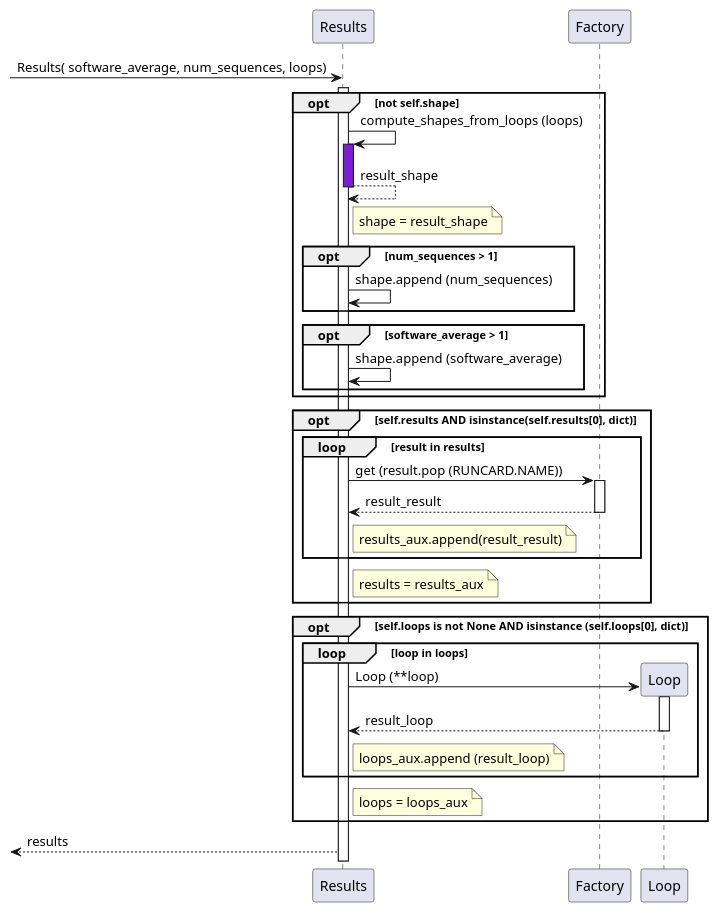
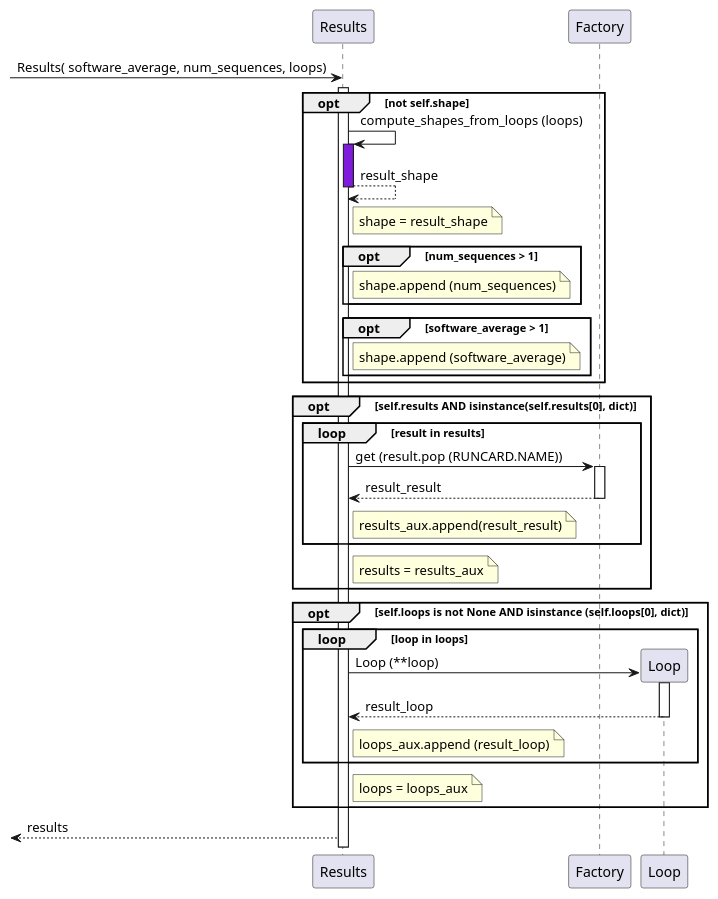
The diagram in Sequence Diagrams PUML/Results Creation/Results Creation.puml (qilimanjaro-tech/qililab), drawn with PlantUML before and after one commit. The commit also changed 31 other files, not shown here.

```diff
--- a/Sequence Diagrams PUML/Results Creation/Results Creation.puml
+++ b/Sequence Diagrams PUML/Results Creation/Results Creation.puml
@@ -1,40 +1,40 @@
 @startuml
 
 participant Results as results
 participant Factory as factory
 participant Loop as loop_
 
 
 [-> results **: Results( software_average, num_sequences, loops)
 activate results
 opt not self.shape
     results -> results: compute_shapes_from_loops (loops)
     activate results #7F1CDB
     return result_shape
     note right of results: shape = result_shape
     opt num_sequences > 1
-        results -> results: shape.append (num_sequences)
+        note right of results: shape.append (num_sequences)
     end
     opt software_average > 1
-        results -> results: shape.append (software_average)
+        note right of results: shape.append (software_average)
     end
 end
 opt self.results AND isinstance(self.results[0], dict)
     loop result in results
         results -> factory ++: get (result.pop (RUNCARD.NAME))
         return result_result
         note right of results: results_aux.append(result_result)
     end
     note right of results: results = results_aux
 end
 opt self.loops is not None AND isinstance (self.loops[0], dict)
     loop loop in loops
         results -> loop_ **: Loop (**loop)
         activate loop_
         return result_loop
         note right of results: loops_aux.append (result_loop)
     end
     note right of results: loops = loops_aux
 end
 [<-- results: results
 @enduml
```
